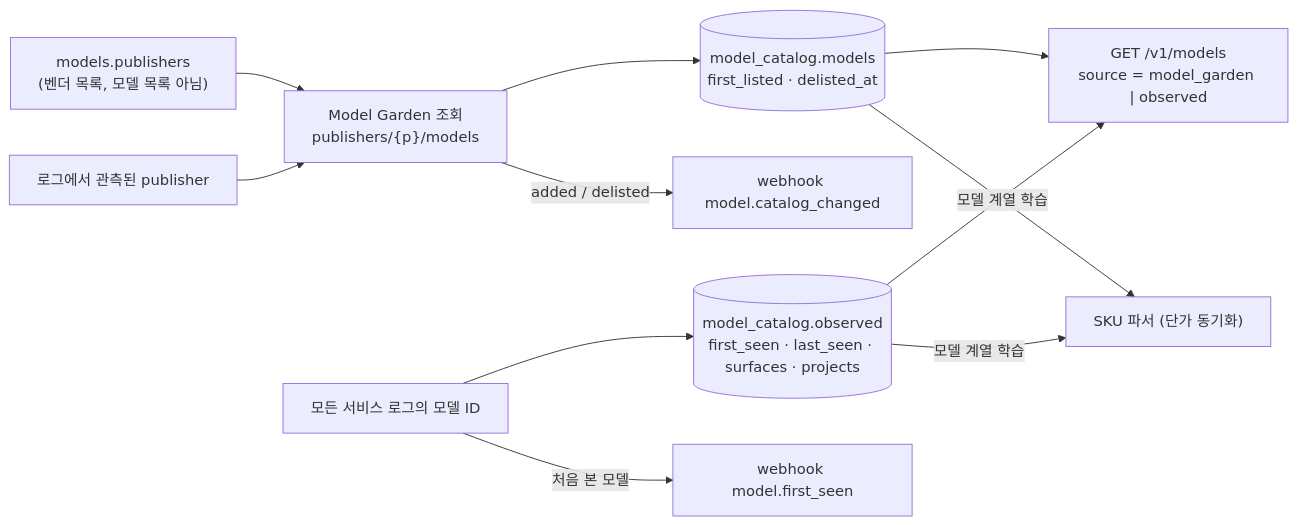
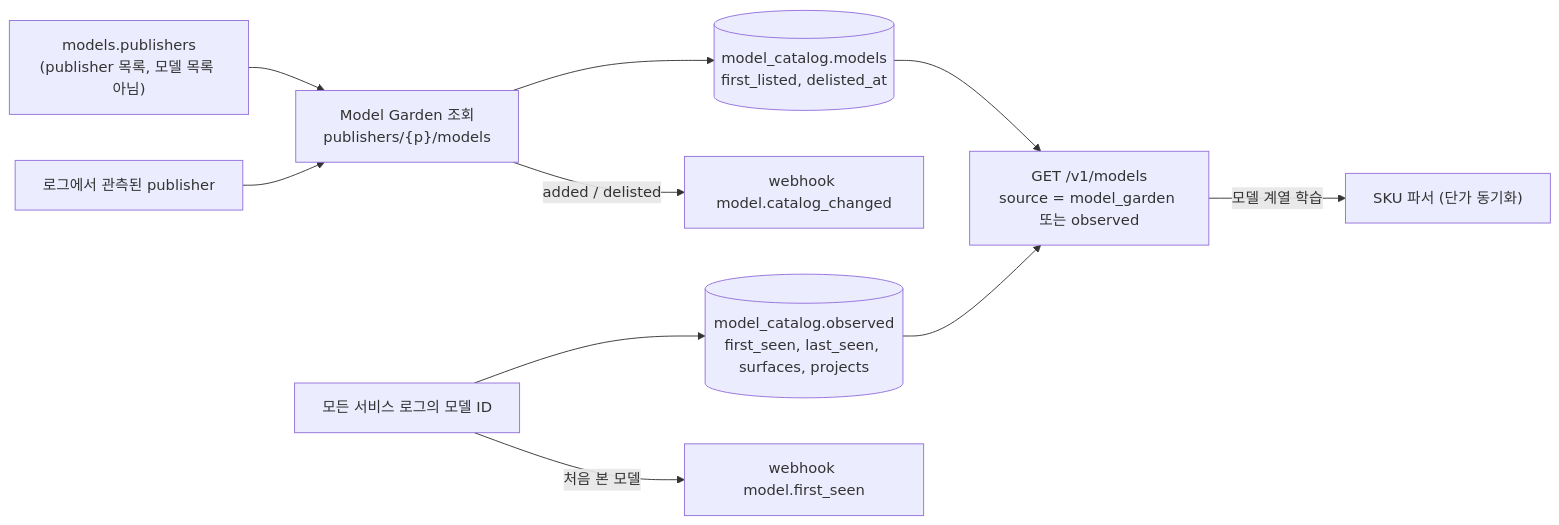
The second of 2 diagrams in docs/architecture.md (ldu1225/gcp-ai-usage-caps-api), drawn with Mermaid before and after one commit. The commit also changed other lines of this file and 17 other files, not shown here.

Commit message:
Docs 1.3.0: customer-grade README (ko/en), SVG architecture diagrams, groups, Gemini Platform naming, live E2E guide

````diff
--- a/docs/architecture.md
+++ b/docs/architecture.md
@@ -120,11 +108,12 @@
 ```mermaid
 flowchart LR
-    CFG["models.publishers<br/>(벤더 목록, 모델 목록 아님)"] --> SCAN
+    CFG["models.publishers<br/>(publisher 목록, 모델 목록 아님)"] --> SCAN
     OBSP["로그에서 관측된 publisher"] --> SCAN["Model Garden 조회<br/>publishers/{p}/models"]
-    SCAN --> CATDOC[("model_catalog.models<br/>first_listed · delisted_at")]
-    LOGS["모든 서비스 로그의 모델 ID"] --> OBS[("model_catalog.observed<br/>first_seen · last_seen · surfaces · projects")]
-    CATDOC & OBS --> UNION["GET /v1/models<br/>source = model_garden | observed"]
+    SCAN --> CATDOC[("model_catalog.models<br/>first_listed, delisted_at")]
+    LOGS["모든 서비스 로그의 모델 ID"] --> OBS[("model_catalog.observed<br/>first_seen, last_seen, surfaces, projects")]
+    CATDOC --> UNION["GET /v1/models<br/>source = model_garden 또는 observed"]
+    OBS --> UNION
     SCAN -- "added / delisted" --> W1["webhook model.catalog_changed"]
     LOGS -- "처음 본 모델" --> W2["webhook model.first_seen"]
-    CATDOC & OBS -- "모델 계열 학습" --> SKU["SKU 파서 (단가 동기화)"]
+    UNION -- "모델 계열 학습" --> SKU["SKU 파서 (단가 동기화)"]
 ```
````
